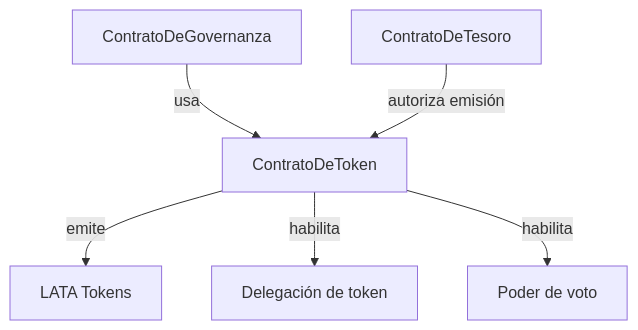
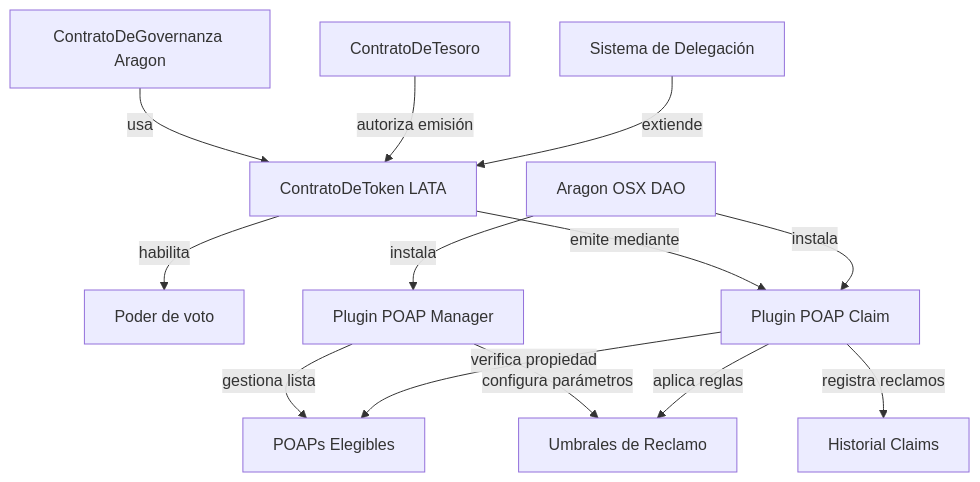
Before and after one commit to eth-ecuador/eth-ecuador-dao: the first of 5 diagrams in YellowPaper.md, drawn with Mermaid. The commit also changed other lines of this file, not shown here.

````diff
--- a/YellowPaper.md
+++ b/YellowPaper.md
@@ -49,8 +50,15 @@
 ```mermaid
 flowchart TB
-    A[ContratoDeToken] -->|emite| B[LATA Tokens]
-    A -->|habilita| H[Delegación de token]
-    A -->|habilita| F[Poder de voto]
-    C[ContratoDeGovernanza] -->|usa| A
+    A[ContratoDeToken LATA] -->|habilita| F[Poder de voto]
+    A -->|emite mediante| I[Plugin POAP Claim]
+    C[ContratoDeGovernanza Aragon] -->|usa| A
     D[ContratoDeTesoro] -->|autoriza emisión| A
+    E[Plugin POAP Manager] -->|gestiona lista| G[POAPs Elegibles]
+    E -->|configura parámetros| H[Umbrales de Reclamo]
+    I -->|verifica propiedad| G
+    I -->|aplica reglas| H
+    I -->|registra reclamos| J[Historial Claims]
+    K[Aragon OSX DAO] -->|instala| E
+    K -->|instala| I
+    L[Sistema de Delegación] -->|extiende| A
 ```
````
